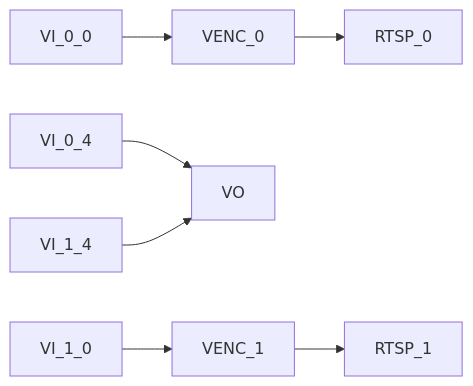
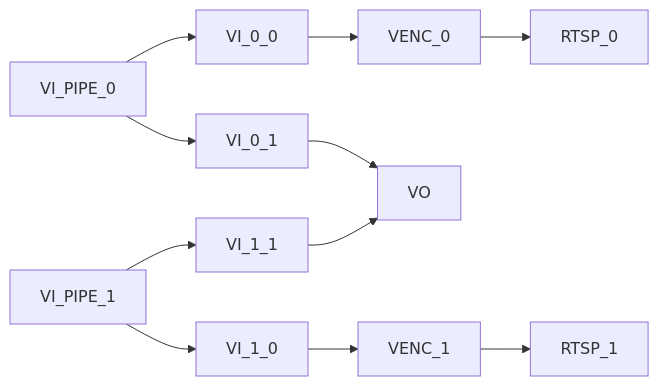
One commit to mixtile-rockchip/mixtile-sdk-linux-app-rkipc changed diagram 19 of 20 in docs/Rockchip_Developer_Guide_Linux_RKIPC_CN.md. Above: the diagram before and after it, drawn with Mermaid. The commit also changed 1 other file, not shown here.

Commit message:
rv1126b_dual_ipc: modify vi chn number

````diff
--- a/docs/Rockchip_Developer_Guide_Linux_RKIPC_CN.md
+++ b/docs/Rockchip_Developer_Guide_Linux_RKIPC_CN.md
@@ -433,7 +433,7 @@
 ```mermaid
 graph LR
-       VI_0_0-->VENC_0-->RTSP_0
-       VI_0_4-->VO
-       VI_1_0-->VENC_1-->RTSP_1
-       VI_1_4-->VO
+       VI_PIPE_0-->VI_0_0-->VENC_0-->RTSP_0
+       VI_PIPE_0-->VI_0_1-->VO
+       VI_PIPE_1-->VI_1_0-->VENC_1-->RTSP_1
+       VI_PIPE_1-->VI_1_1-->VO
 ```
````
